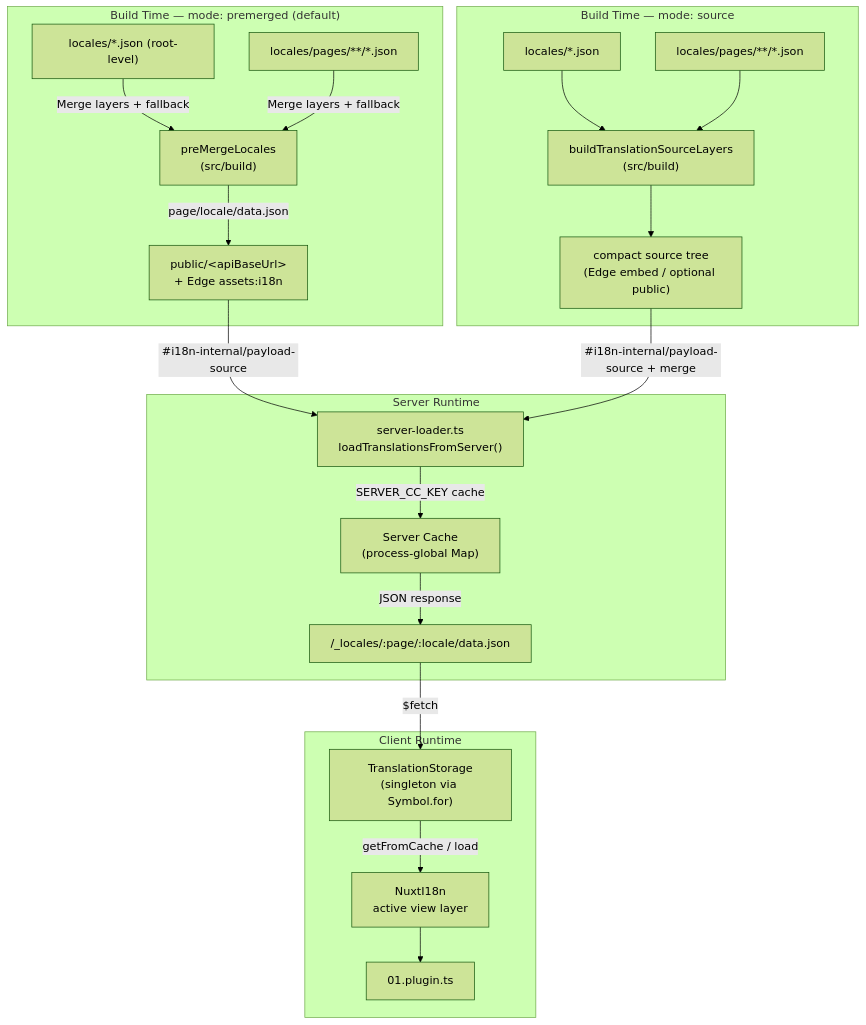
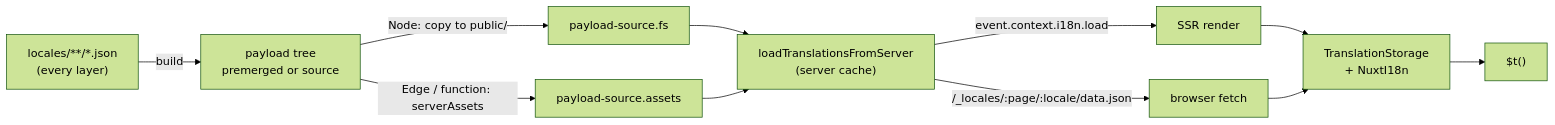
The diagram in docs/contributing/architecture.md (s00d/nuxt-i18n-micro), drawn with Mermaid (forest theme) before and after one commit. The commit also changed other lines of this file and 23 other files, not shown here.

First line of the commit message:
docs(api, contributing): reference pages, maintainer section, JSDoc as the source

````diff
--- a/docs/contributing/architecture.md
+++ b/docs/contributing/architecture.md
@@ -21,27 +13,13 @@
 ```mermaid
-flowchart TB
-    subgraph BuildPremerged["Build Time — mode: premerged (default)"]
-        F1["locales/*.json (root-level)"] -->|Merge layers + fallback| PM["preMergeLocales<br/>(src/build)"]
-        F2["locales/pages/**/*.json"] -->|Merge layers + fallback| PM
-        PM -->|"page/locale/data.json"| OUT1["public/&lt;apiBaseUrl&gt;<br/>+ Edge assets:i18n"]
-    end
-
-    subgraph BuildSource["Build Time — mode: source"]
-        SF1["locales/*.json"] --> SLayers["buildTranslationSourceLayers<br/>(src/build)"]
-        SF2["locales/pages/**/*.json"] --> SLayers
-        SLayers --> OUT2["compact source tree<br/>(Edge embed / optional public)"]
-    end
-
-    subgraph Server["Server Runtime"]
-        OUT1 -->|"#i18n-internal/payload-source"| SL["server-loader.ts<br/>loadTranslationsFromServer()"]
-        OUT2 -->|"#i18n-internal/payload-source + merge"| SL
-        SL -->|SERVER_CC_KEY cache| SC["Server Cache<br/>(process-global Map)"]
-        SC -->|JSON response| API["/_locales/:page/:locale/data.json"]
-    end
-
-    subgraph Client["Client Runtime"]
-        API -->|$fetch| TS["TranslationStorage<br/>(singleton via Symbol.for)"]
-        TS -->|getFromCache / load| NI["NuxtI18n<br/>active view layer"]
-        NI --> PL["01.plugin.ts"]
-    end
+flowchart LR
+  A["locales/**/*.json<br/>(every layer)"] -->|build| B["payload tree<br/>premerged or source"]
+  B -->|Node: copy to public/| C["payload-source.fs"]
+  B -->|Edge / function: serverAssets| D["payload-source.assets"]
+  C --> E["loadTranslationsFromServer<br/>(server cache)"]
+  D --> E
+  E -->|event.context.i18n.load| F["SSR render"]
+  E -->|"/_locales/:page/:locale/data.json"| G["browser fetch"]
+  F --> H["TranslationStorage<br/>+ NuxtI18n"]
+  G --> H
+  H --> I["$t()"]
 ```
````
